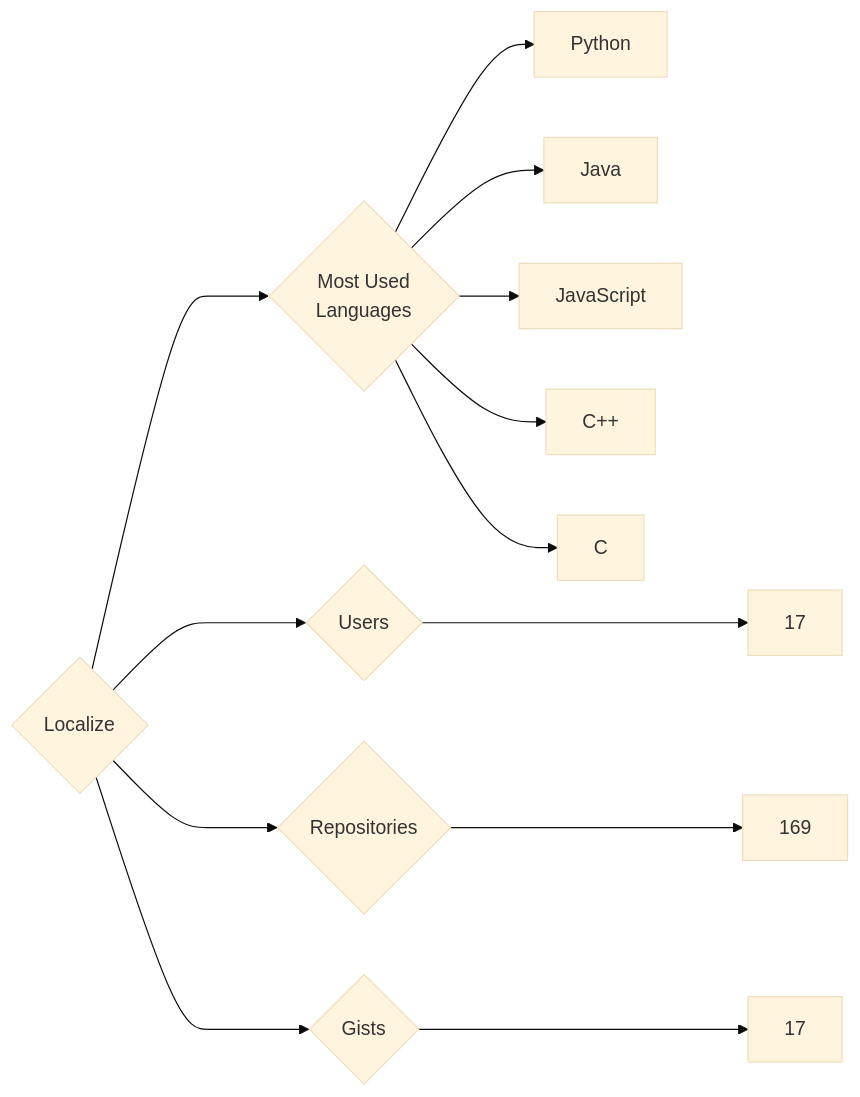
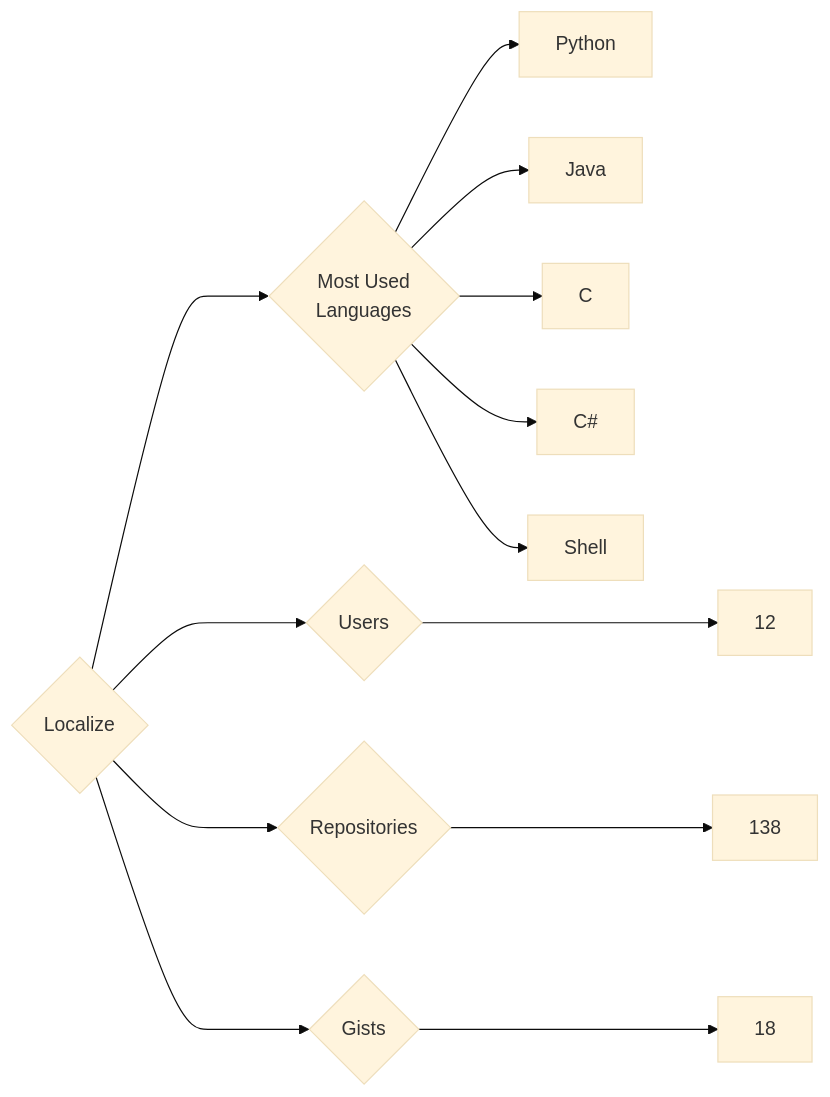
The diagram in targets/Localize/README.md (trickest/insiders), drawn with Mermaid (base theme) before and after one commit. The commit also changed 877 other files, not shown here.

````diff
--- a/targets/Localize/README.md
+++ b/targets/Localize/README.md
@@ -3,13 +3,13 @@
 ```mermaid
 graph LR
 COMPANY_NAME{Localize}
-COMPANY_NAME ---> U{Users} ---> UN[17]
-COMPANY_NAME ---> R{Repositories} ---> RN[169]
-COMPANY_NAME ---> G{Gists} ---> GN[17]
+COMPANY_NAME ---> U{Users} ---> UN[12]
+COMPANY_NAME ---> R{Repositories} ---> RN[138]
+COMPANY_NAME ---> G{Gists} ---> GN[18]
 COMPANY_NAME ---> ML{Most Used<br>Languages}
 ML --> Python[Python]
 ML --> Java[Java]
-ML --> JavaScript[JavaScript]
-ML --> C++[C++]
 ML --> C[C]
+ML --> C#[C#]
+ML --> Shell[Shell]
 ```
````
